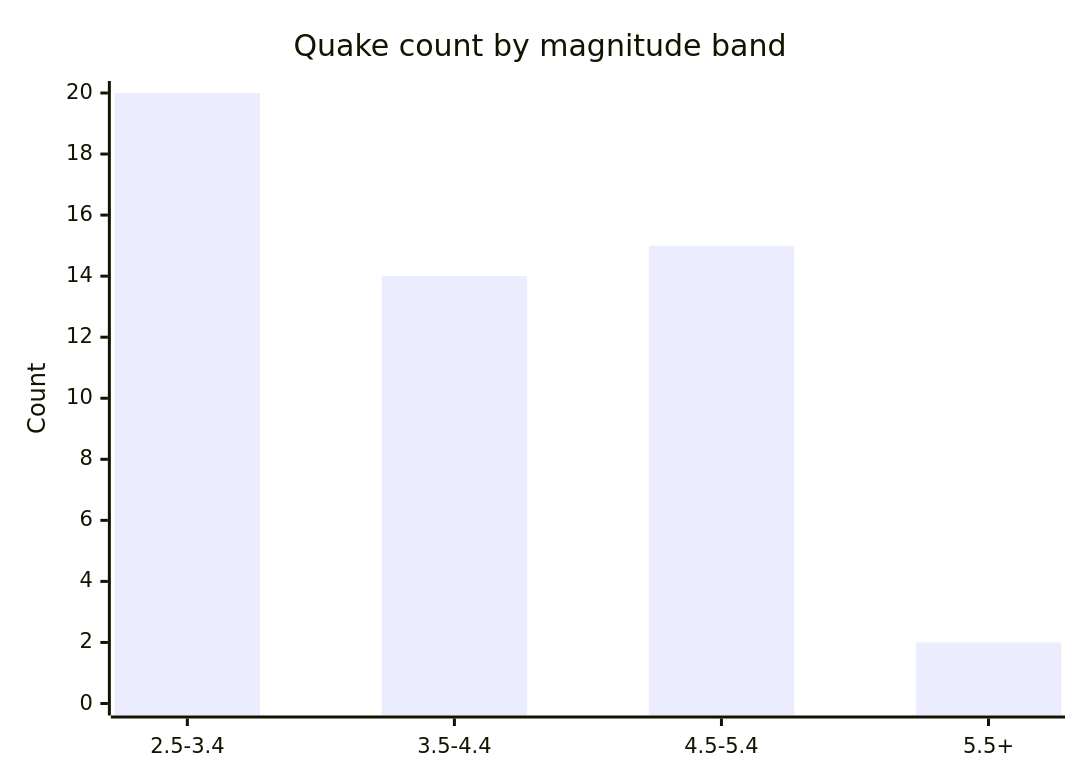
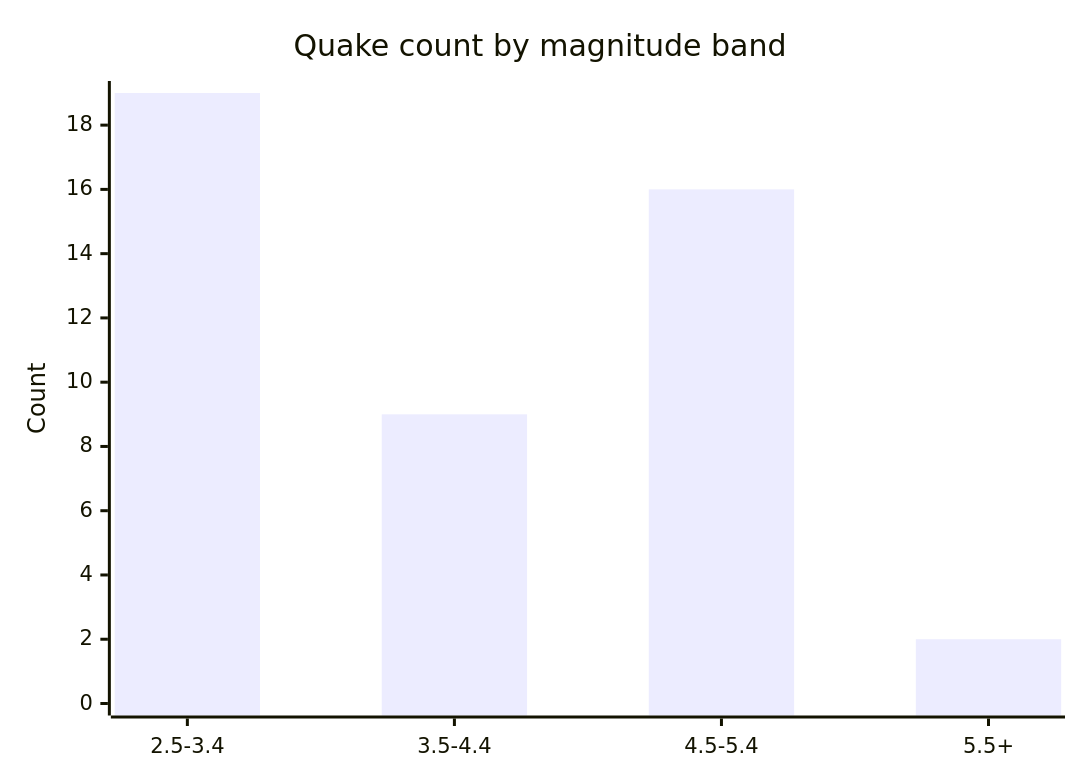
One commit to Midwest-Stratospheric/aerostratospheric-defense-gir changed the fifth of 6 diagrams in docs/GRAPHS.md. Above: the diagram before and after it, drawn with Mermaid. The commit also changed other lines of this file and 25 other files, not shown here.

````diff
--- a/docs/GRAPHS.md
+++ b/docs/GRAPHS.md
@@ -82,7 +82,7 @@
 ```mermaid
 xychart-beta
   title "Quake count by magnitude band"
   x-axis ["2.5-3.4", "3.5-4.4", "4.5-5.4", "5.5+"]
-  y-axis "Count" 0 --> 20
-  bar [20, 14, 15, 2]
+  y-axis "Count" 0 --> 19
+  bar [19, 9, 16, 2]
 ```
````
